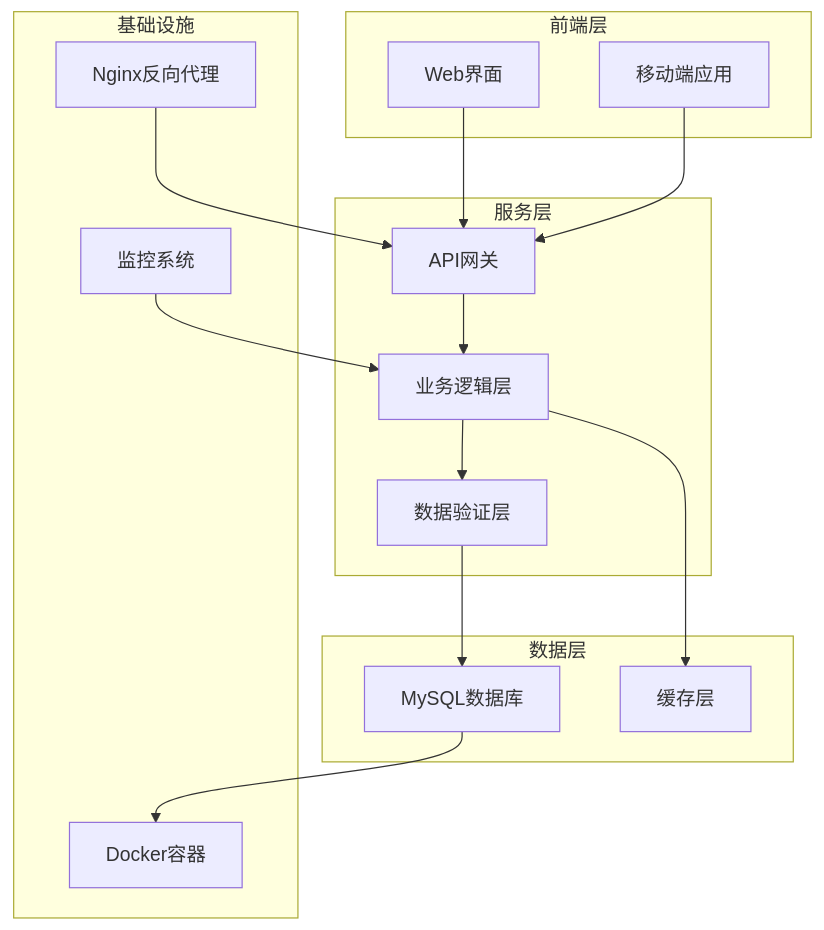
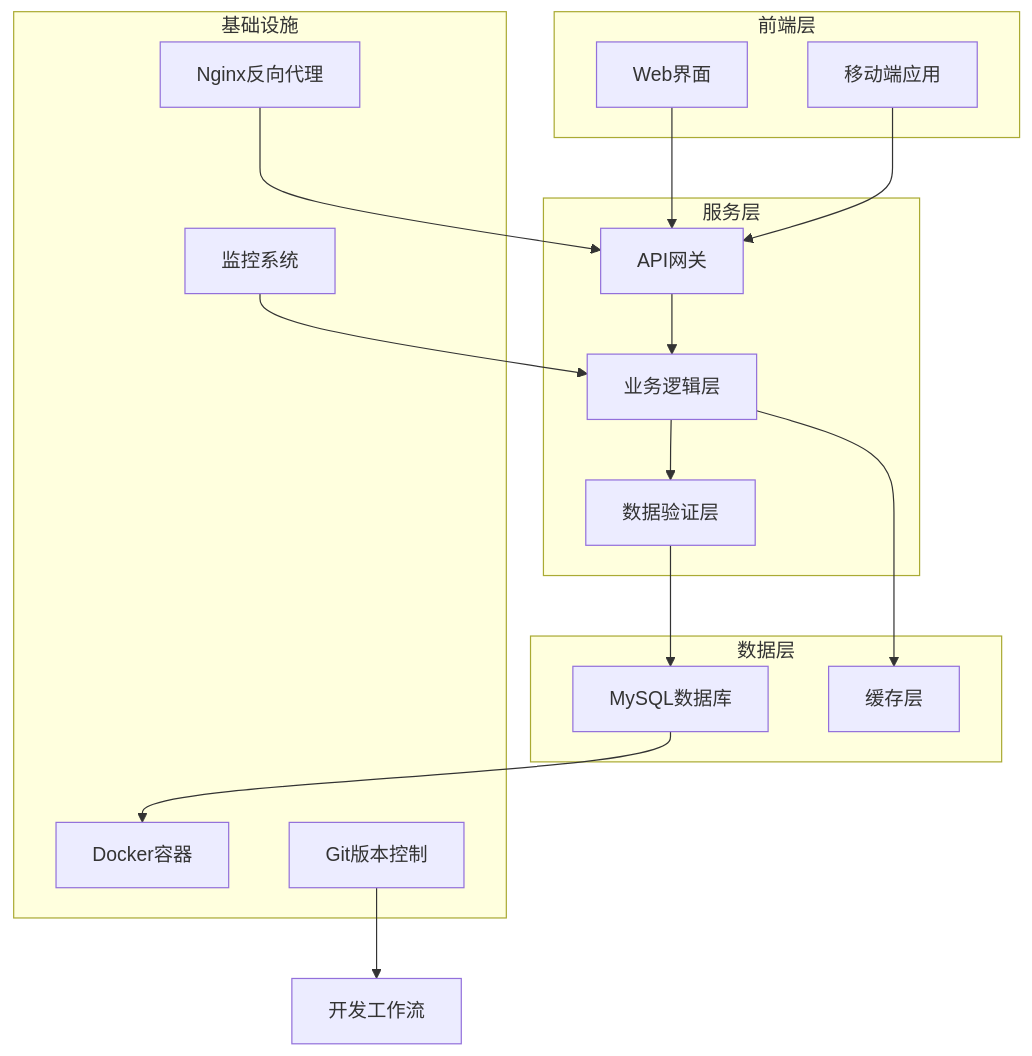
The first of 9 diagrams in .qoder/repowiki/zh/content/项目概述.md (lane6008/fileTest), drawn with Mermaid before and after one commit. The commit also changed other lines of this file and 2 other files, not shown here.

````diff
--- a/.qoder/repowiki/zh/content/项目概述.md
+++ b/.qoder/repowiki/zh/content/项目概述.md
@@ -84,30 +106,32 @@
 ```mermaid
 graph TB
 subgraph "前端层"
 Web[Web界面]
 Mobile[移动端应用]
 end
 subgraph "服务层"
 API[API网关]
 Business[业务逻辑层]
 Validation[数据验证层]
 end
 subgraph "数据层"
 MySQL[MySQL数据库]
 Redis[缓存层]
 end
 subgraph "基础设施"
 Docker[Docker容器]
 Nginx[Nginx反向代理]
 Monitor[监控系统]
+Git[Git版本控制]
 end
 Web --> API
 Mobile --> API
 API --> Business
 Business --> Validation
 Validation --> MySQL
 Business --> Redis
 MySQL --> Docker
 Nginx --> API
 Monitor --> Business
+Git --> Development[开发工作流]
 ```
````
